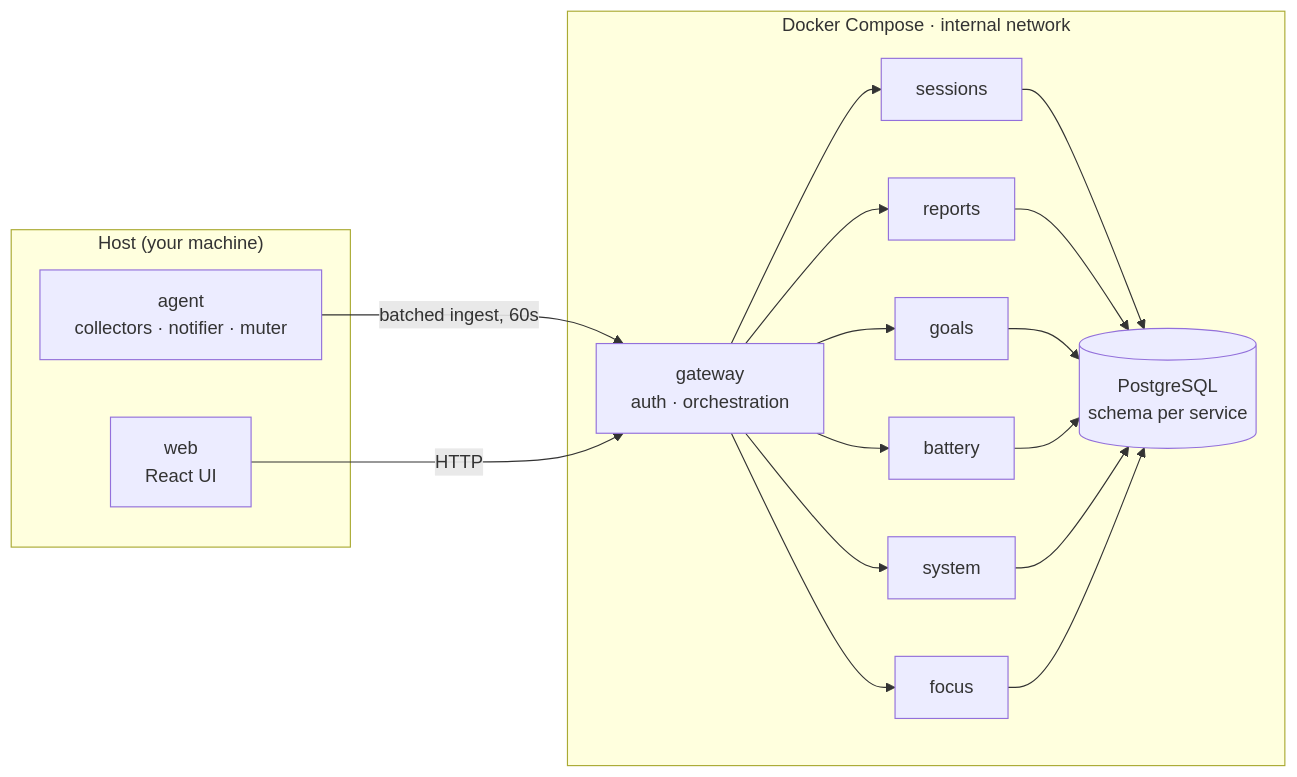
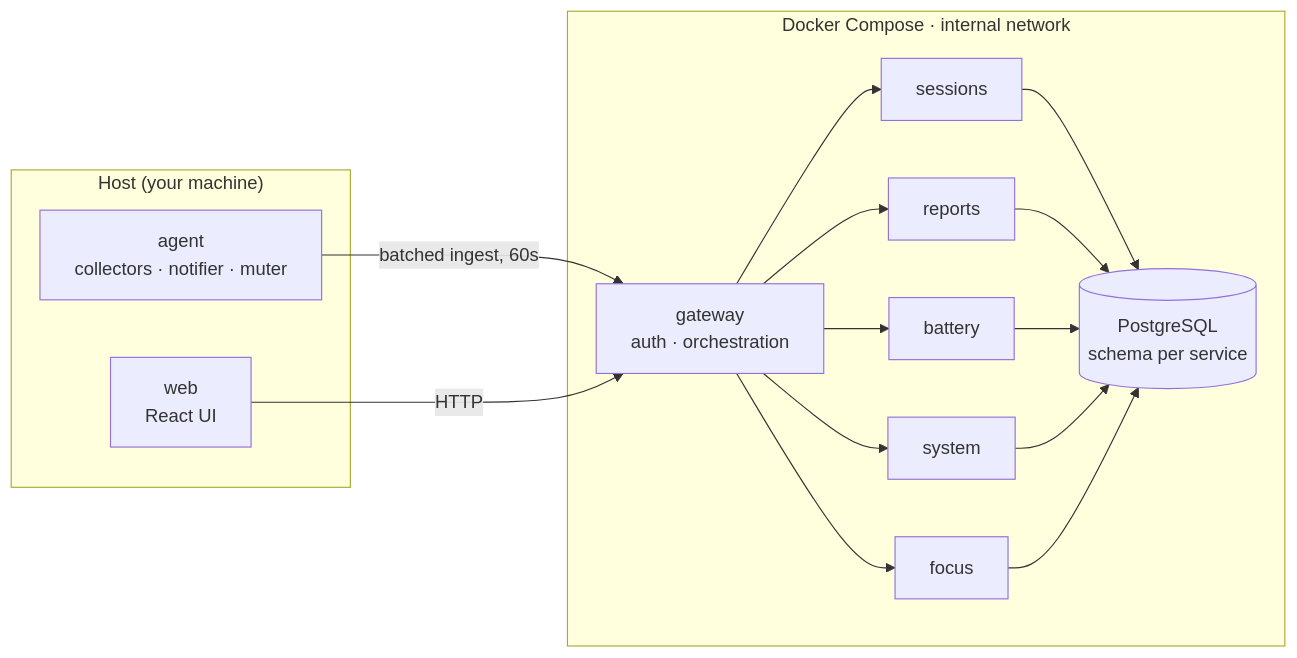
Before and after one commit to ShmuelHor/yoman: the diagram in README.md, drawn with Mermaid. The commit also changed other lines of this file and 2 other files, not shown here.

Commit message:
docs: remove the goals feature from the spec and README
SPEC drops the goals service, its API and the progress cards; TASKS marks
T15 and T37 as removed and trims T27, T28, T43 and the coverage matrix.

````diff
--- a/README.md
+++ b/README.md
@@ -29,23 +28,22 @@
 ```mermaid
 flowchart LR
   subgraph host["Host (your machine)"]
     agent["agent<br/>collectors · notifier · muter"]
     web["web<br/>React UI"]
   end
 
   subgraph compose["Docker Compose · internal network"]
     gateway["gateway<br/>auth · orchestration"]
     sessions[sessions]
     reports[reports]
-    goals[goals]
     battery[battery]
     system[system]
     focus[focus]
     db[(PostgreSQL<br/>schema per service)]
   end
 
   agent -- "batched ingest, 60s" --> gateway
   web -- "HTTP" --> gateway
-  gateway --> sessions & reports & goals & battery & system & focus
-  sessions & reports & goals & battery & system & focus --> db
+  gateway --> sessions & reports & battery & system & focus
+  sessions & reports & battery & system & focus --> db
 ```
````
